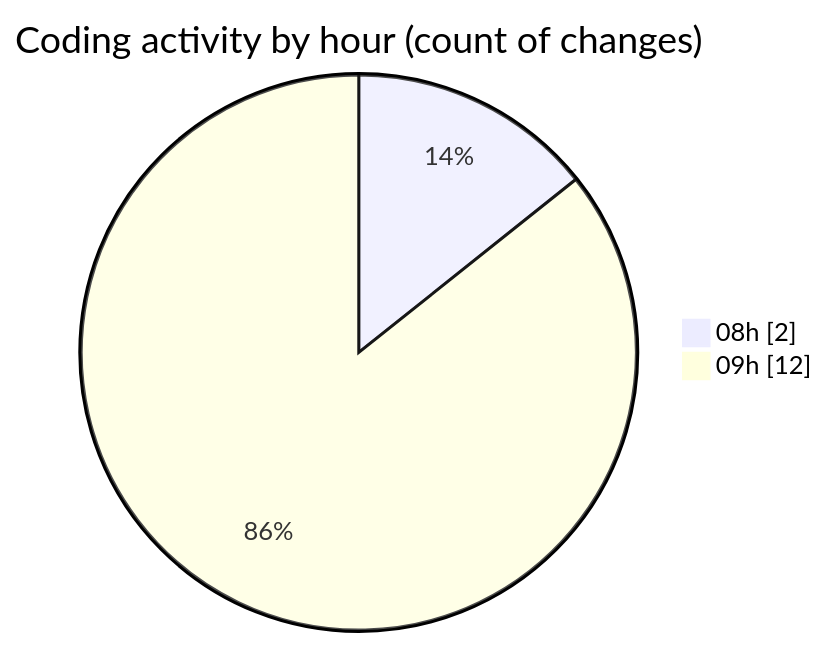
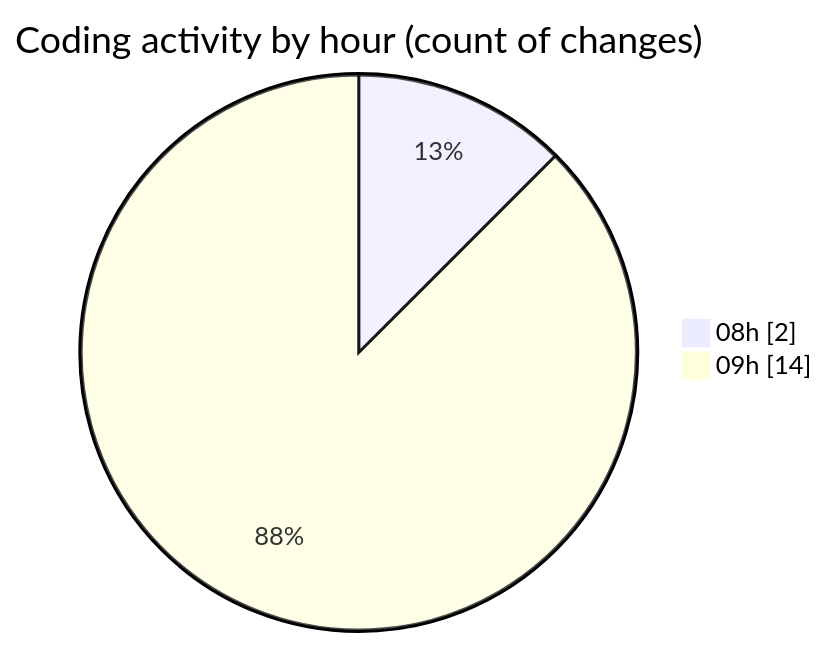
The second of 2 diagrams in 2025-05-20/niten/README.md (Elitesun/code-tracking), drawn with Mermaid before and after one commit. The commit also changed other lines of this file and 1 other file, not shown here.

````diff
--- a/2025-05-20/niten/README.md
+++ b/2025-05-20/niten/README.md
@@ -34,6 +36,6 @@
 ```mermaid
 pie showData
 title Coding activity by hour (count of changes)
 "08h" : 2
-"09h" : 12
+"09h" : 14
 ```
````
